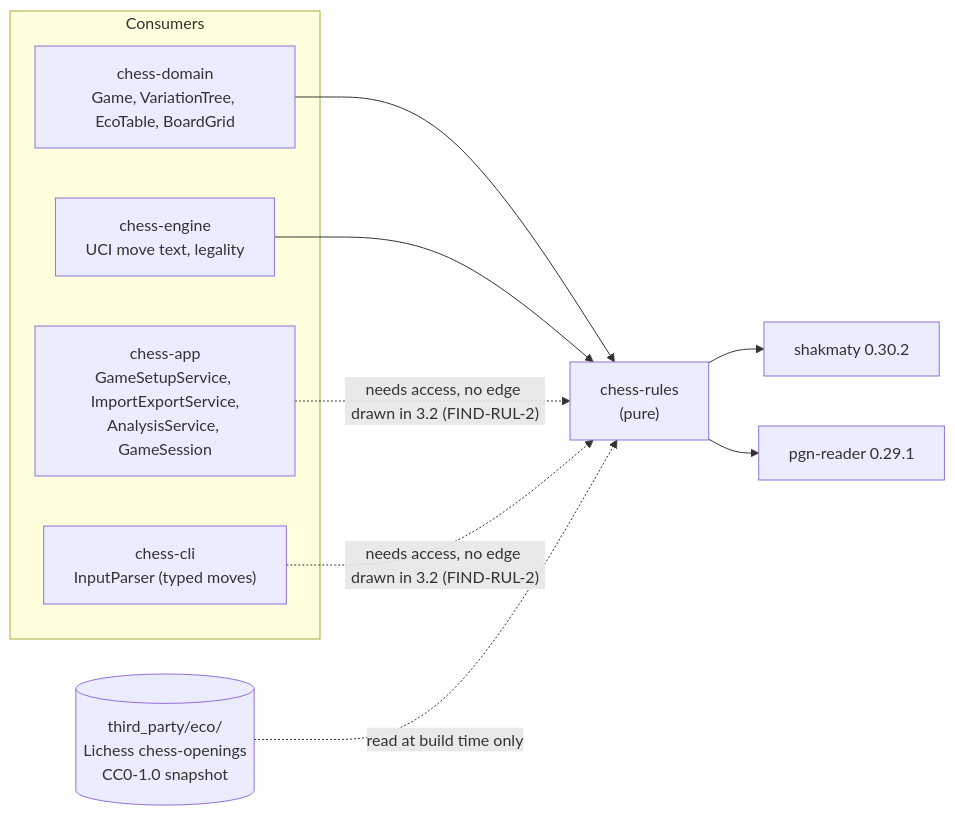
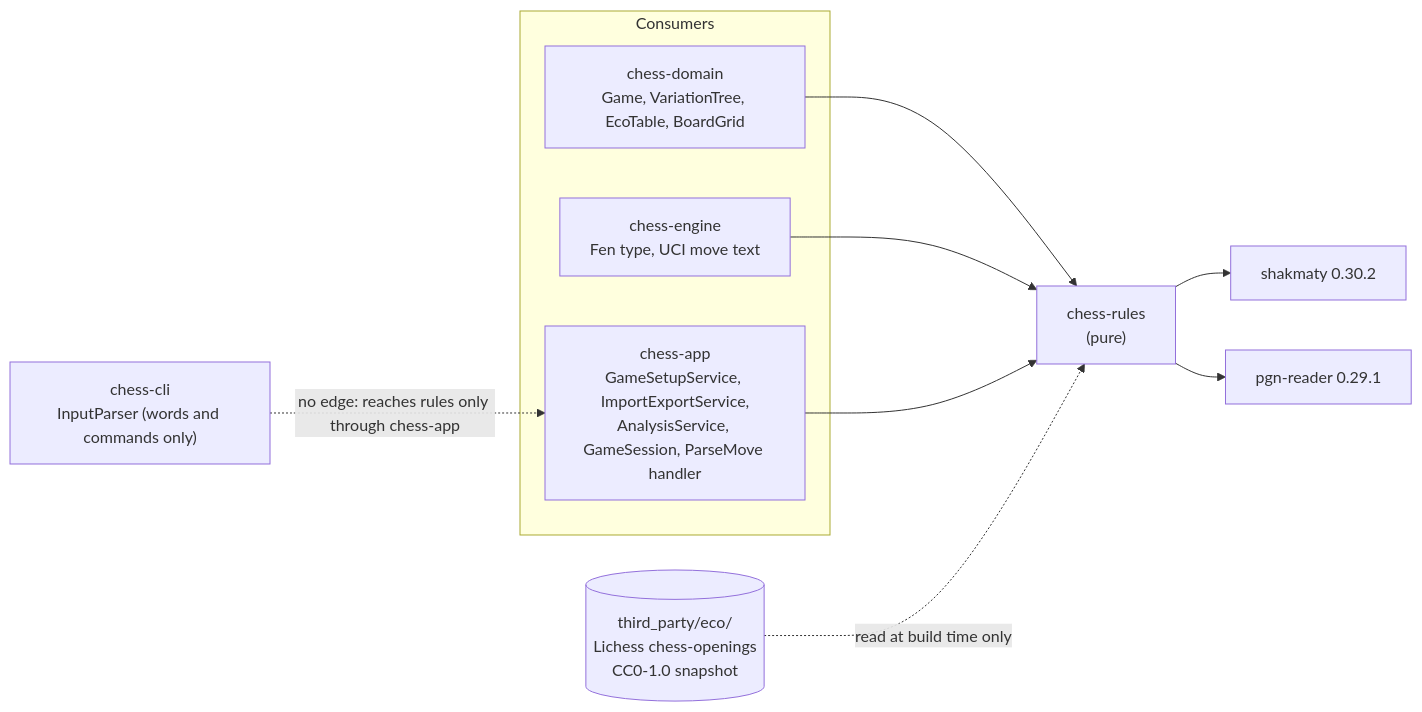
The first of 7 diagrams in docs/design/SDD-chess-rules.md (bprascher/chess), drawn with Mermaid before and after one commit. The commit also changed other lines of this file and 17 other files, not shown here.

First line of the commit message:
Apply architecture addendum B and C to the SDDs and add the v0.4 consistency pass

````diff
--- a/docs/design/SDD-chess-rules.md
+++ b/docs/design/SDD-chess-rules.md
@@ -108,21 +121,21 @@
 ```mermaid
 flowchart LR
     subgraph consumers["Consumers"]
         domain["chess-domain<br/>Game, VariationTree, EcoTable, BoardGrid"]
-        engine["chess-engine<br/>UCI move text, legality"]
-        app["chess-app<br/>GameSetupService, ImportExportService,<br/>AnalysisService, GameSession"]
-        cli["chess-cli<br/>InputParser (typed moves)"]
+        engine["chess-engine<br/>Fen type, UCI move text"]
+        app["chess-app<br/>GameSetupService, ImportExportService,<br/>AnalysisService, GameSession, ParseMove handler"]
     end
+    cli["chess-cli<br/>InputParser (words and commands only)"]
     rules["chess-rules<br/>(pure)"]
     shak["shakmaty 0.30.2"]
     pgnr["pgn-reader 0.29.1"]
     eco[("third_party/eco/<br/>Lichess chess-openings<br/>CC0-1.0 snapshot")]
 
     domain --> rules
     engine --> rules
-    app -. "needs access, no edge drawn in 3.2 (FIND-RUL-2)" .-> rules
-    cli -. "needs access, no edge drawn in 3.2 (FIND-RUL-2)" .-> rules
+    app --> rules
+    cli -. "no edge: reaches rules only through chess-app" .-> app
     rules --> shak
     rules --> pgnr
     eco -. "read at build time only" .-> rules
 ```
````
